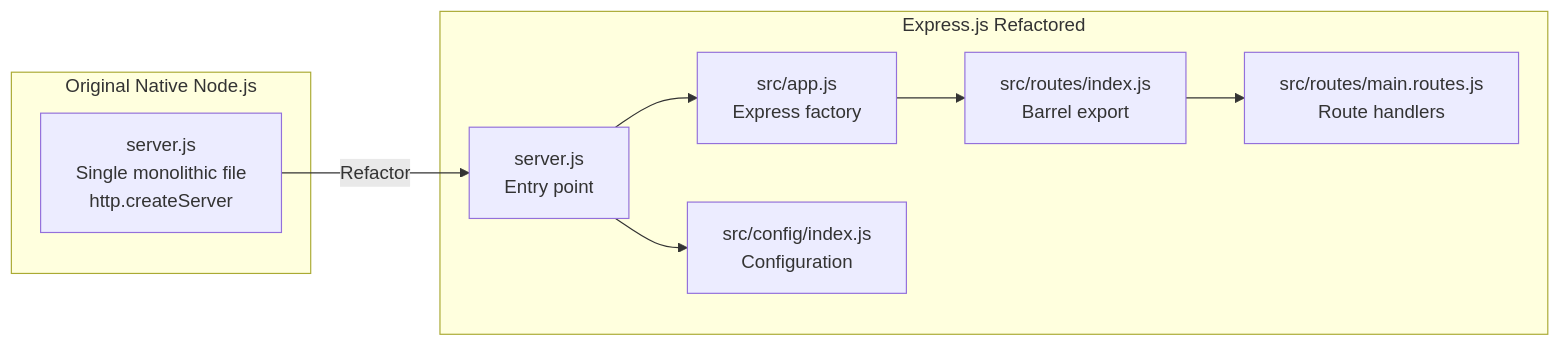
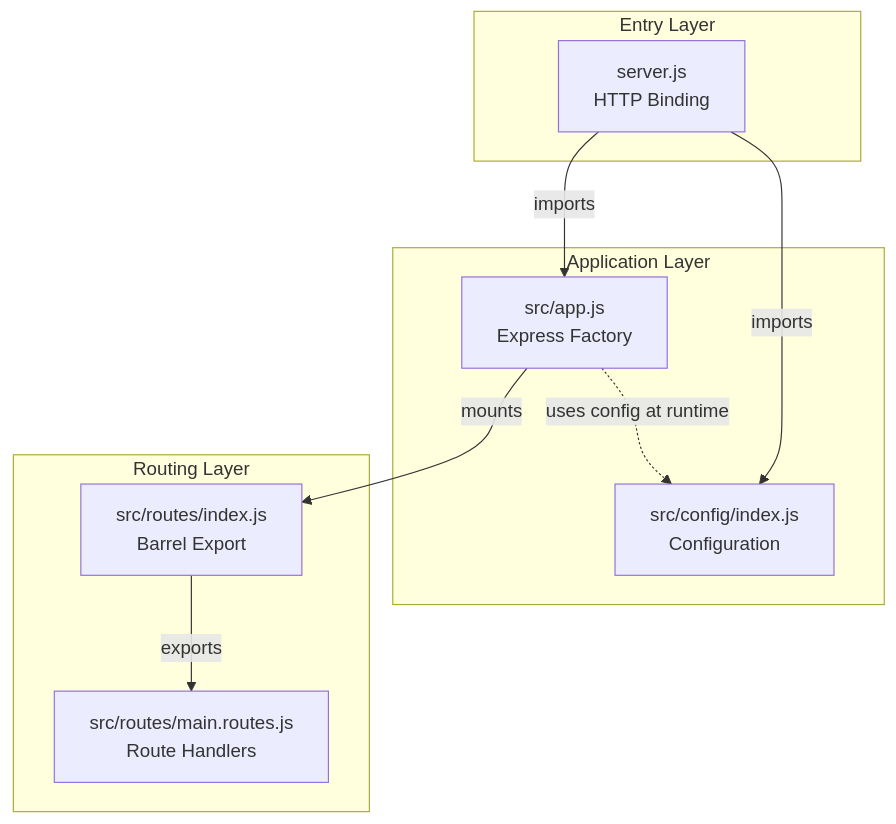
The first of 3 diagrams in blitzy/documentation/Technical Specifications.md (sudhanshu-spec/test-spec), drawn with Mermaid before and after one commit. The commit also changed other lines of this file, not shown here.

````diff
--- a/blitzy/documentation/Technical Specifications.md
+++ b/blitzy/documentation/Technical Specifications.md
@@ -64,20 +273,22 @@
 ```mermaid
-flowchart LR
-    subgraph Original["Original Native Node.js"]
-        A[server.js<br/>Single monolithic file<br/>http.createServer]
+graph TB
+    subgraph "Entry Layer"
+        S[server.js<br/>HTTP Binding]
     end
     
-    subgraph Target["Express.js Refactored"]
-        B[server.js<br/>Entry point]
-        C[src/app.js<br/>Express factory]
-        D[src/config/index.js<br/>Configuration]
-        E[src/routes/index.js<br/>Barrel export]
-        F[src/routes/main.routes.js<br/>Route handlers]
+    subgraph "Application Layer"
+        A[src/app.js<br/>Express Factory]
+        C[src/config/index.js<br/>Configuration]
     end
     
-    A -->|"Refactor"| B
-    B --> C
-    B --> D
-    C --> E
-    E --> F
+    subgraph "Routing Layer"
+        RI[src/routes/index.js<br/>Barrel Export]
+        RM[src/routes/main.routes.js<br/>Route Handlers]
+    end
+    
+    S -->|imports| A
+    S -->|imports| C
+    A -->|mounts| RI
+    RI -->|exports| RM
+    A -.->|uses config at runtime| C
 ```
````
